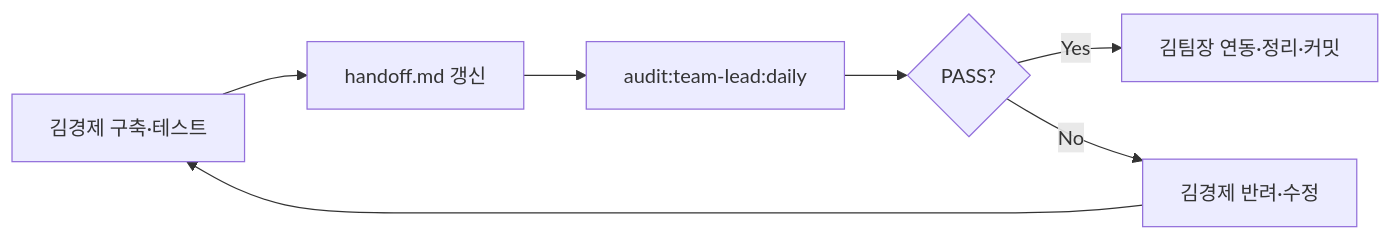
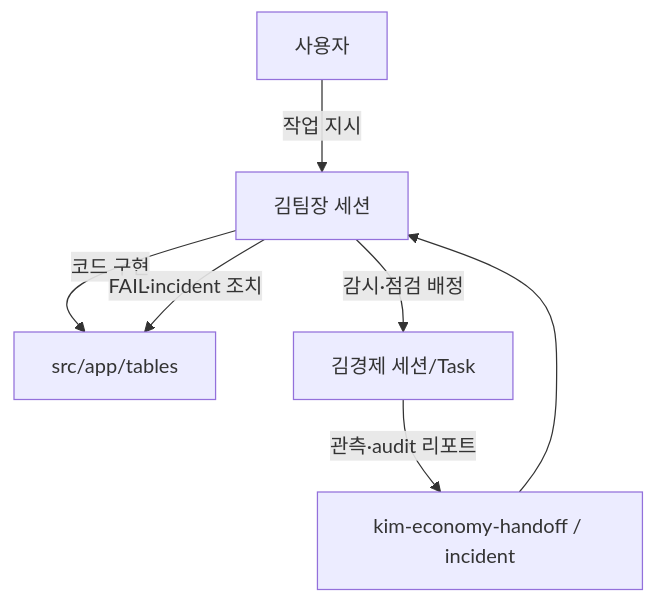
One commit to EOMIKJIN/arcfire20260608 changed the diagram in docs/KIM_TEAM_ECONOMY_WORKFLOW.md. Above: the diagram before and after it, drawn with Mermaid. The commit also changed other lines of this file and 171 other files, not shown here.

````diff
--- a/docs/KIM_TEAM_ECONOMY_WORKFLOW.md
+++ b/docs/KIM_TEAM_ECONOMY_WORKFLOW.md
@@ -16,9 +18,9 @@
 ```mermaid
-graph LR
-  A[김경제 구축·테스트] --> B[handoff.md 갱신]
-  B --> C[audit:team-lead:daily]
-  C --> D{PASS?}
-  D -- Yes --> E[김팀장 연동·정리·커밋]
-  D -- No --> F[김경제 반려·수정]
-  F --> A
+graph TD
+  U[사용자] -->|작업 지시| TL[김팀장 세션]
+  TL -->|코드 구현| CODE[src/app/tables]
+  TL -->|감시·점검 배정| E[김경제 세션/Task]
+  E -->|관측·audit 리포트| R[kim-economy-handoff / incident]
+  R --> TL
+  TL -->|FAIL·incident 조치| CODE
 ```
````
